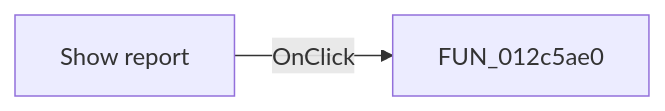
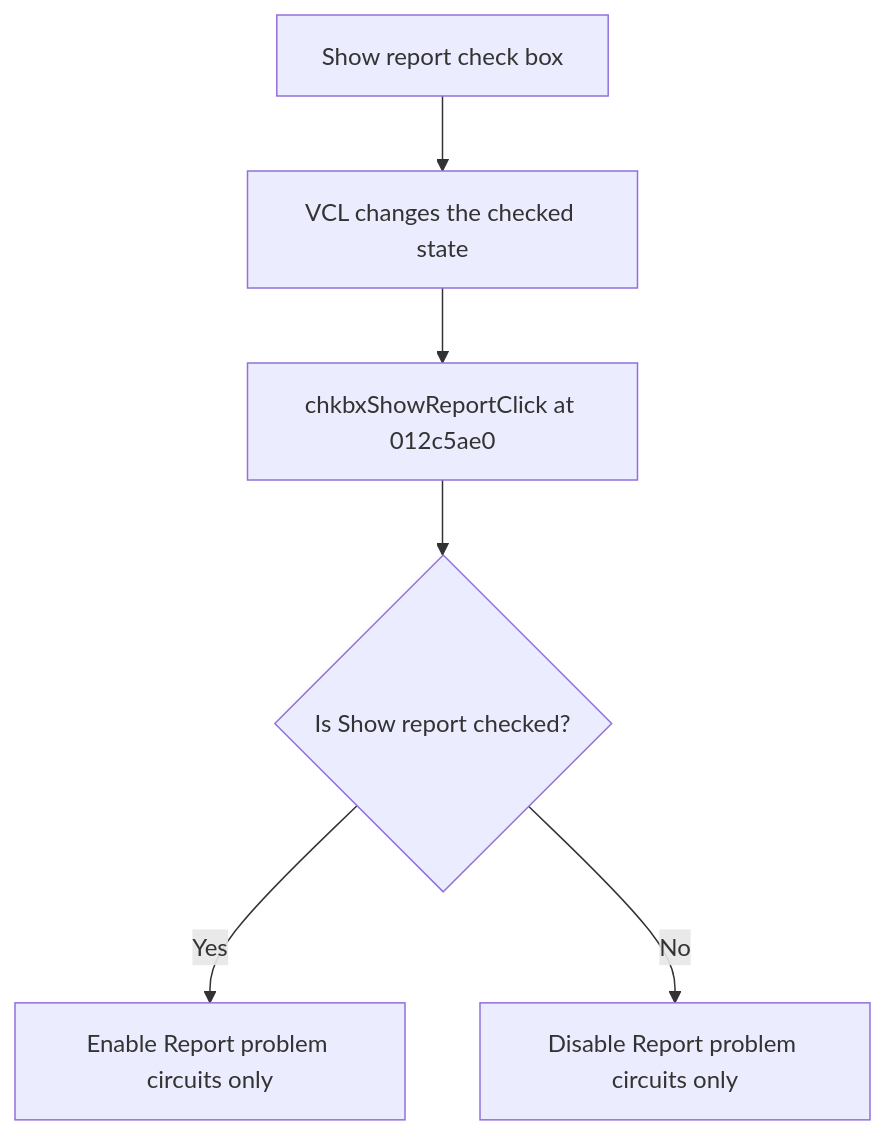
Before and after one commit to MovGP0/TIARA: the diagram in docs/ui-controls/frmtestbencheditor/chkbxshowreport-8d54d09458.md, drawn with Mermaid. The commit also changed other lines of this file and 387 other files, not shown here.

````diff
--- a/docs/ui-controls/frmtestbencheditor/chkbxshowreport-8d54d09458.md
+++ b/docs/ui-controls/frmtestbencheditor/chkbxshowreport-8d54d09458.md
@@ -27,4 +19,8 @@
 ```mermaid
-flowchart LR
-    control["Show report"] -->|OnClick| handler["FUN_012c5ae0"]
+flowchart TD
+    control["Show report check box"] --> toggle["VCL changes the checked state"]
+    toggle --> handler["chkbxShowReportClick at 012c5ae0"]
+    handler --> enabled{"Is Show report checked?"}
+    enabled -->|Yes| enable["Enable Report problem circuits only"]
+    enabled -->|No| disable["Disable Report problem circuits only"]
 ```
````
